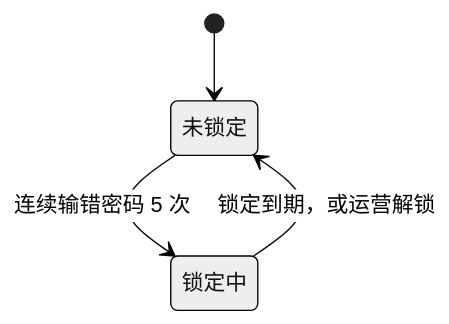
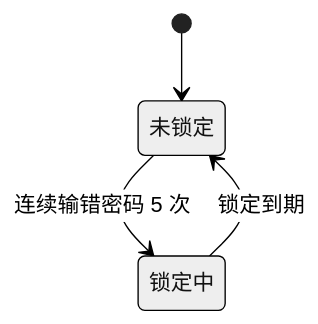
One commit to wxblockchain/Chain-Financing changed the ninth of 11 diagrams in asset-trust-platform/PRD/企业端/M1-企业登录与首次入驻/02-企业登录与首次入驻-流程图与状态机.md. Above: the diagram before and after it, drawn with Mermaid (neutral theme). The commit also changed other lines of this file and 4 other files, not shown here.

````diff
--- a/asset-trust-platform/PRD/企业端/M1-企业登录与首次入驻/02-企业登录与首次入驻-流程图与状态机.md
+++ b/asset-trust-platform/PRD/企业端/M1-企业登录与首次入驻/02-企业登录与首次入驻-流程图与状态机.md
@@ -227,8 +246,8 @@
 ```mermaid
 stateDiagram-v2
     state "未锁定" as U
     state "锁定中" as L
     [*] --> U
     U --> L: 连续输错密码 5 次
-    L --> U: 锁定到期，或运营解锁
+    L --> U: 锁定到期
 ```
````
